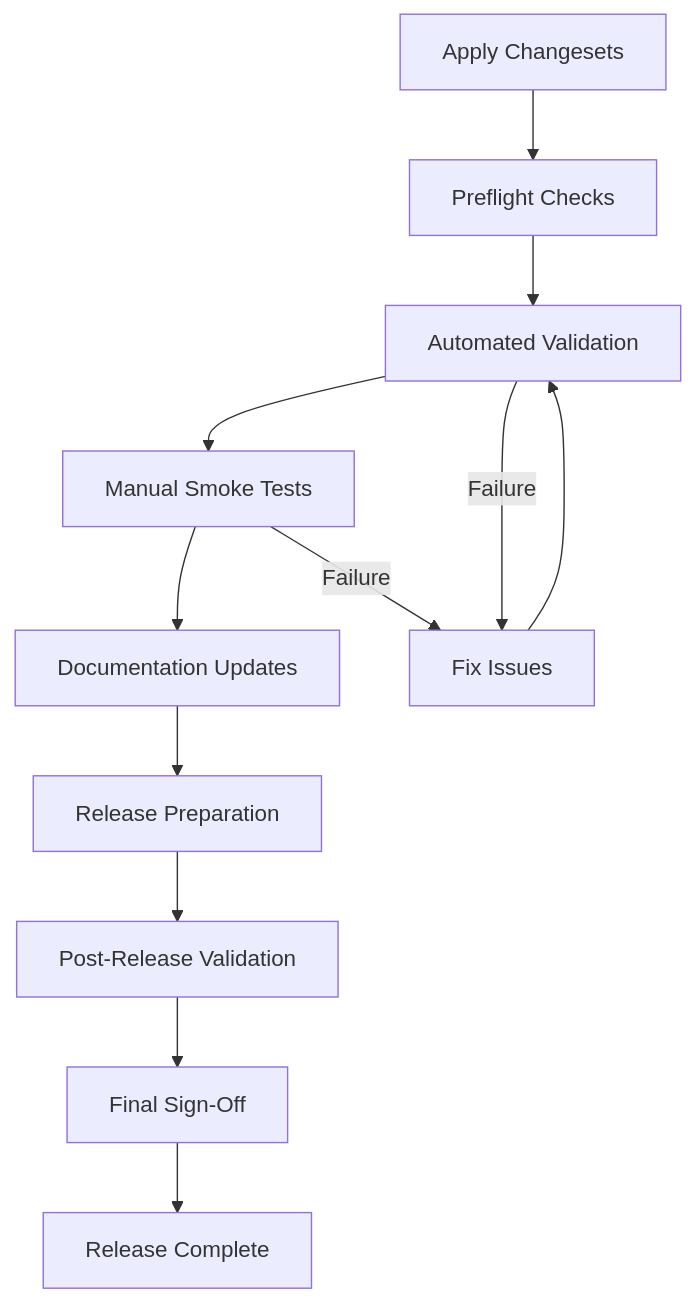
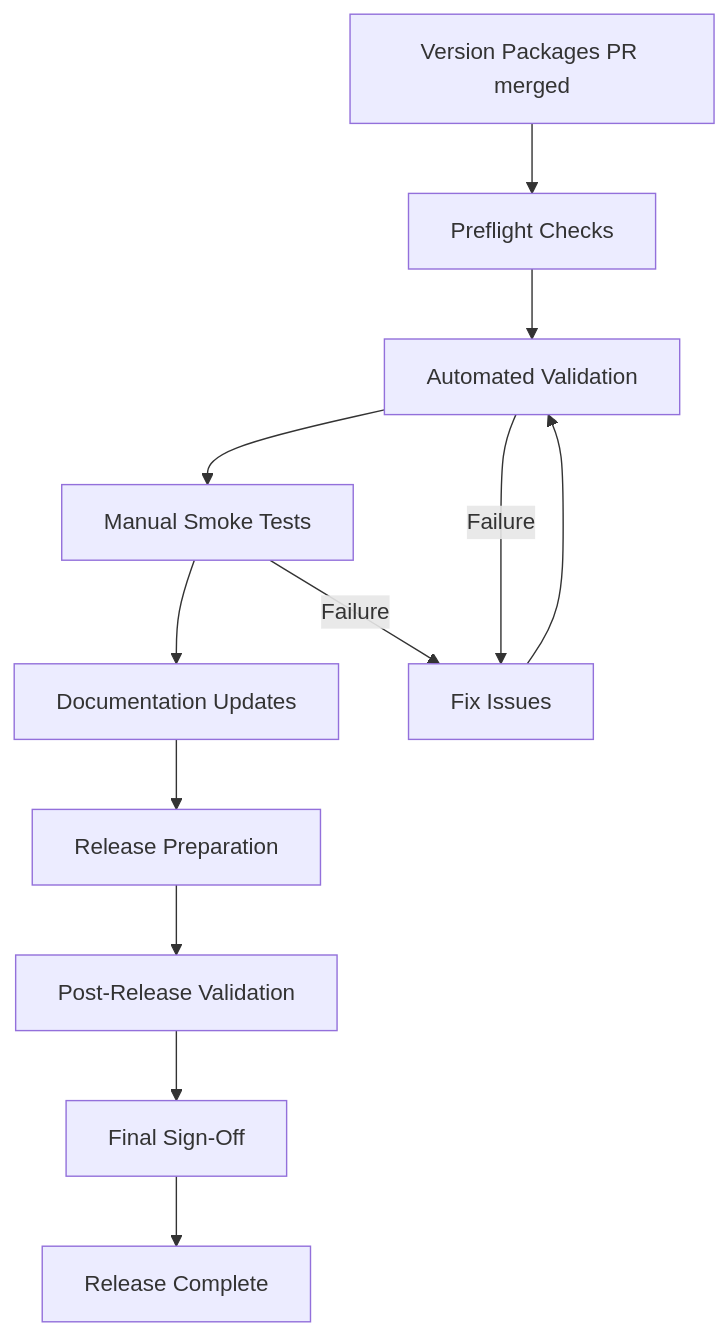
Before and after one commit to KingInYellows/yellow-plugins: the diagram in docs/operations/release-checklist.md, drawn with Mermaid. The commit also changed other lines of this file and 3 other files, not shown here.

````diff
--- a/docs/operations/release-checklist.md
+++ b/docs/operations/release-checklist.md
@@ -88,16 +88,16 @@
 ```mermaid
 graph TD
-    P[Apply Changesets] --> A[Preflight Checks]
+    P[Version Packages PR merged] --> A[Preflight Checks]
     A --> B[Automated Validation]
     B --> C[Manual Smoke Tests]
     C --> D[Documentation Updates]
     D --> E[Release Preparation]
     E --> F[Post-Release Validation]
     F --> G[Final Sign-Off]
 
     B -->|Failure| H[Fix Issues]
     C -->|Failure| H
     H --> B
 
     G --> I[Release Complete]
 ```
````
